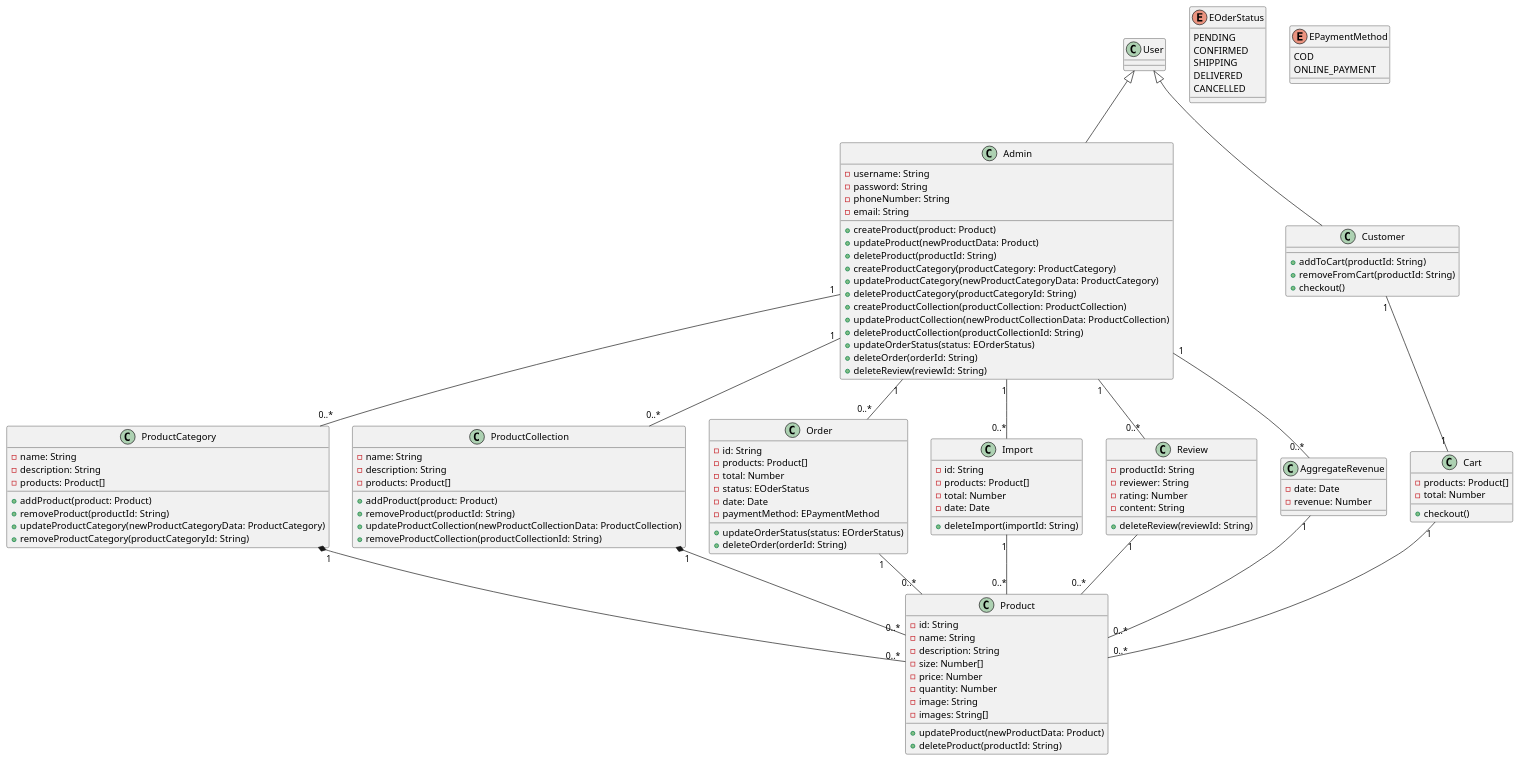
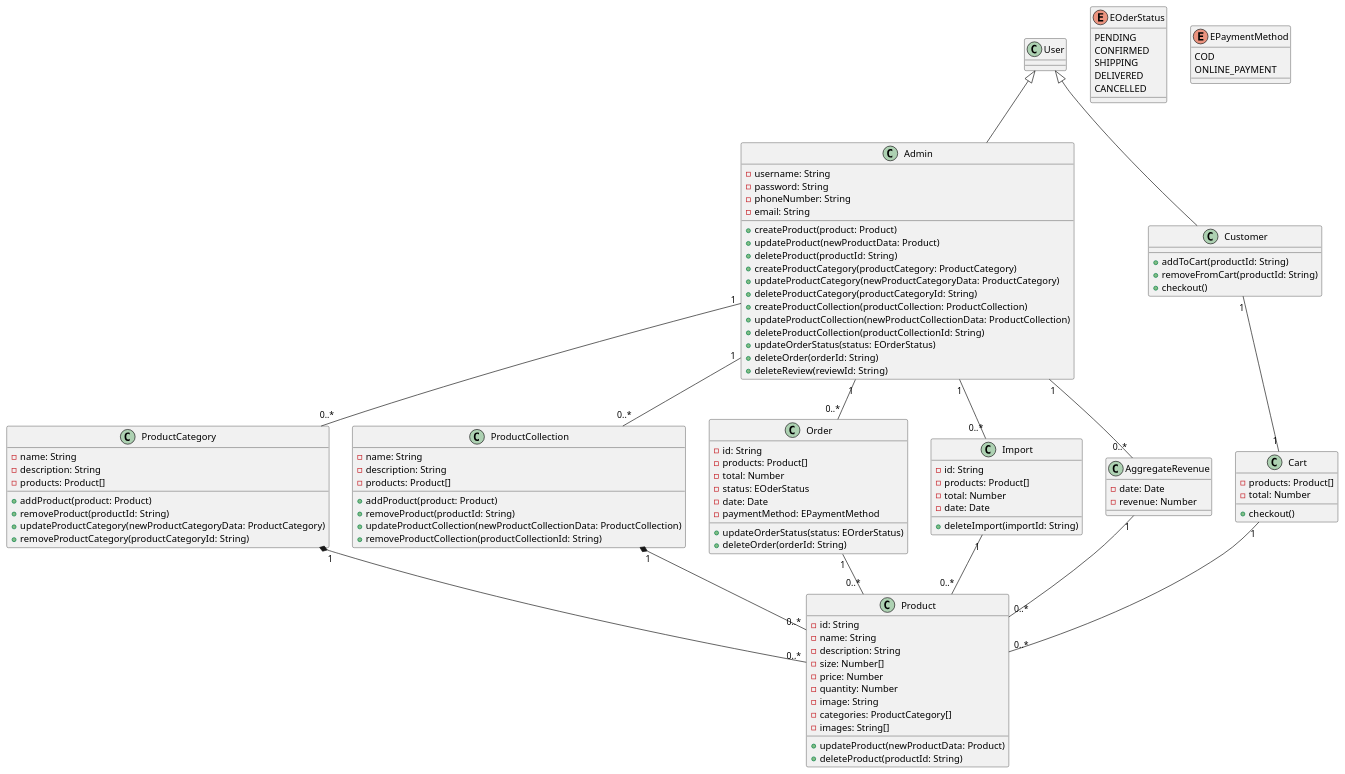
The diagram in Lab1/Lab1.2/Class/Lab1.2-Class.puml (tuankietcoderr/SE357-Practice-class), drawn with PlantUML before and after one commit. The commit also changed 3 other files, not shown here.

```diff
--- a/Lab1/Lab1.2/Class/Lab1.2-Class.puml
+++ b/Lab1/Lab1.2/Class/Lab1.2-Class.puml
@@ -1,132 +1,123 @@
 @startuml Class diagram
 class User {}
 class Admin {
     - username: String
     - password: String
     - phoneNumber: String
     - email: String
     + createProduct(product: Product)
     + updateProduct(newProductData: Product)
     + deleteProduct(productId: String)
     + createProductCategory(productCategory: ProductCategory)
     + updateProductCategory(newProductCategoryData: ProductCategory)
     + deleteProductCategory(productCategoryId: String)
     + createProductCollection(productCollection: ProductCollection)
     + updateProductCollection(newProductCollectionData: ProductCollection)
     + deleteProductCollection(productCollectionId: String)
     + updateOrderStatus(status: EOrderStatus)
     + deleteOrder(orderId: String)
     + deleteReview(reviewId: String)
 
 }
 
 
 class Product {
     - id: String
     - name: String
     - description: String
     - size: Number[]
     - price: Number
     - quantity: Number
     - image: String
+    - categories: ProductCategory[]
     - images: String[]
     + updateProduct(newProductData: Product)
     + deleteProduct(productId: String)
 }
 
 class Customer {
     + addToCart(productId: String)
     + removeFromCart(productId: String)
     + checkout()
 }
 
 class Cart {
     - products: Product[]
     - total: Number
     + checkout()
 }
 
 class ProductCategory {
     - name: String
     - description: String
     - products: Product[]
     + addProduct(product: Product)
     + removeProduct(productId: String)
     + updateProductCategory(newProductCategoryData: ProductCategory)
     + removeProductCategory(productCategoryId: String)
 }
 
 class ProductCollection {
     - name: String
     - description: String
     - products: Product[]
     + addProduct(product: Product)
     + removeProduct(productId: String)
     + updateProductCollection(newProductCollectionData: ProductCollection)
     + removeProductCollection(productCollectionId: String)
 }
 
 enum EOderStatus {
     PENDING
     CONFIRMED
     SHIPPING
     DELIVERED
     CANCELLED
 }
 
 enum EPaymentMethod {
     COD
     ONLINE_PAYMENT
 }
 
 class Order {
     - id: String
     - products: Product[]
     - total: Number
     - status: EOderStatus
     - date: Date
     - paymentMethod: EPaymentMethod
     + updateOrderStatus(status: EOrderStatus)
     + deleteOrder(orderId: String)
 }
 
 class Import {
     - id: String
     - products: Product[]
     - total: Number
     - date: Date
     + deleteImport(importId: String)
 }
 
-class Review {
-    - productId: String
-    - reviewer: String
-    - rating: Number
-    - content: String
-    + deleteReview(reviewId: String)
-}
-
 class AggregateRevenue {
     - date: Date
     - revenue: Number
 }
 
 ProductCategory "1" *-- "0..*" Product
 ProductCollection "1" *-- "0..*" Product
 User <|-- Admin
 User <|-- Customer
 Cart "1" -- "0..*" Product
 Customer "1" -- "1" Cart
 Admin "1" -- "0..*" ProductCategory
 Admin "1" -- "0..*" ProductCollection
 Admin "1" -- "0..*" Order
-Admin "1" -- "0..*" Review
 Admin "1" -- "0..*" Import
 Admin "1" -- "0..*" AggregateRevenue
 Order "1" -- "0..*" Product
-Review "1" -- "0..*" Product
 Import "1" -- "0..*" Product
 AggregateRevenue "1" -- "0..*" Product
 
 
 @enduml
```
